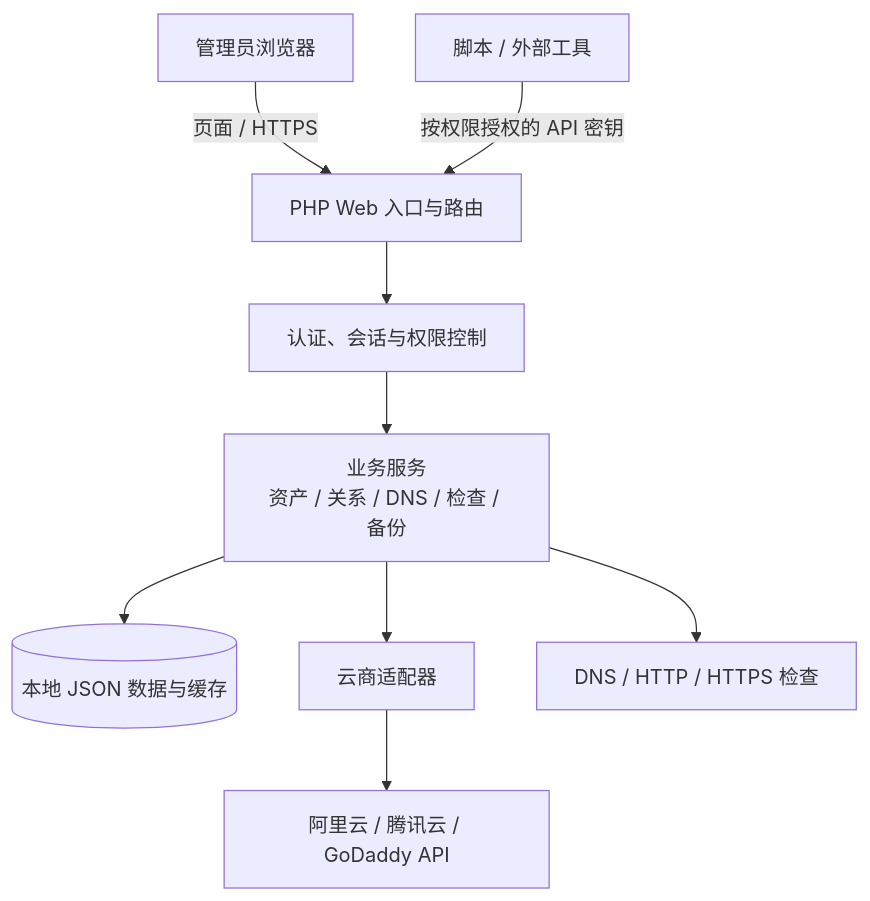
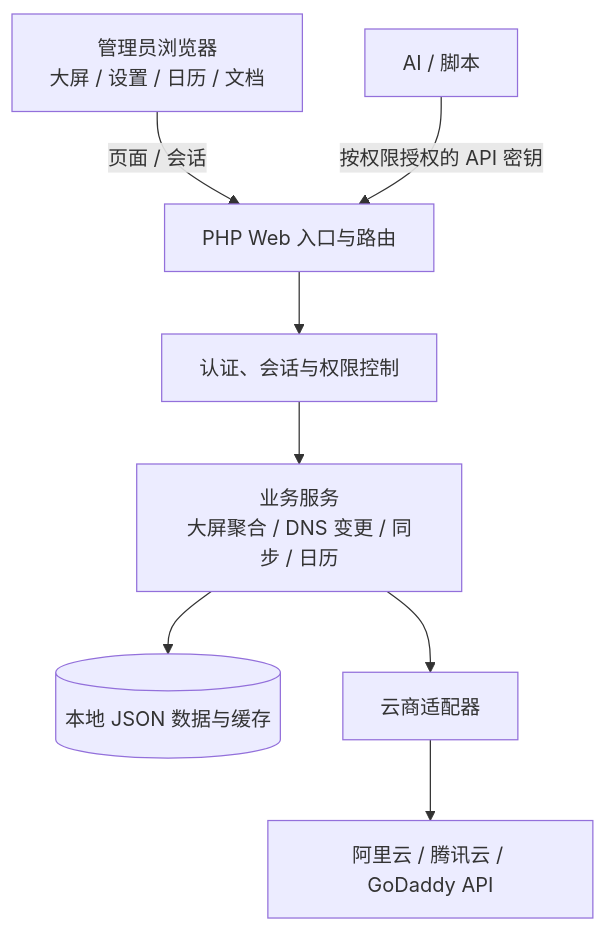
The second of 2 diagrams in README.md (wuxiumu/AI-Domain-Manager), drawn with Mermaid before and after one commit. The commit also changed other lines of this file and 182 other files, not shown here.

First line of the commit message:
产品收敛：大屏双视图全能力 + AI 接口面成型（v1.3.x 迭代）

````diff
--- a/README.md
+++ b/README.md
@@ -108,11 +95,10 @@
 ```mermaid
 flowchart TB
-    U[管理员浏览器] -->|页面 / HTTPS| P[PHP Web 入口与路由]
-    X[脚本 / 外部工具] -->|按权限授权的 API 密钥| P
+    U[管理员浏览器<br/>大屏 / 设置 / 日历 / 文档] -->|页面 / 会话| P[PHP Web 入口与路由]
+    X[AI / 脚本] -->|按权限授权的 API 密钥| P
     P --> A[认证、会话与权限控制]
-    A --> S[业务服务<br/>资产 / 关系 / DNS / 检查 / 备份]
+    A --> S[业务服务<br/>大屏聚合 / DNS 变更 / 同步 / 日历]
     S --> D[(本地 JSON 数据与缓存)]
     S --> C[云商适配器]
     C --> V[阿里云 / 腾讯云 / GoDaddy API]
-    S --> N[DNS / HTTP / HTTPS 检查]
 ```
````
